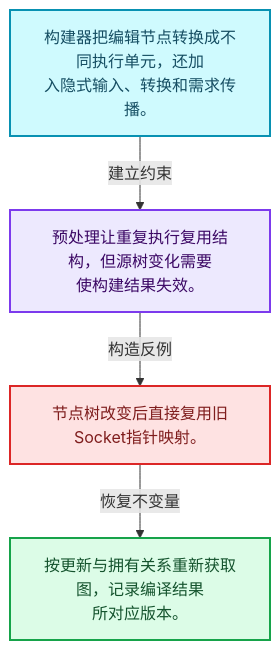
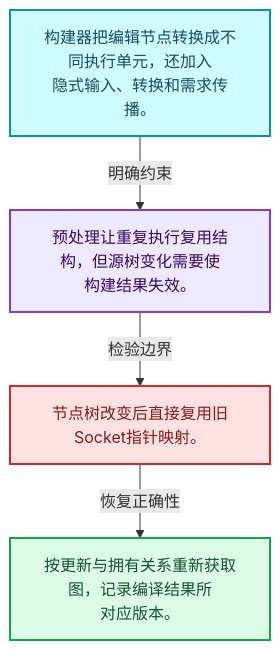
Before and after one commit to yunkezengren/blender-.vscode: the first of 4 diagrams in 杂/markdown/全面学习-codex/09-LazyFunction与节点执行架构/09-几何节点图构建器.md, drawn with Mermaid. The commit also changed other lines of this file and 1930 other files, not shown here.

````diff
--- a/杂/markdown/全面学习-codex/09-LazyFunction与节点执行架构/09-几何节点图构建器.md
+++ b/杂/markdown/全面学习-codex/09-LazyFunction与节点执行架构/09-几何节点图构建器.md
@@ -29,16 +29,16 @@
 ```mermaid
 flowchart TB
-  M["构建器把编辑节点转换成不同执行单元，还加<br/>入隐式输入、转换和需求传播。"]:::data
-  T["预处理让重复执行复用结构，但源树变化需要<br/>使构建结果失效。"]:::abstraction
-  X["节点树改变后直接复用旧Socket指针映射。"]:::error
-  A["按更新与拥有关系重新获取图，记录编译结果<br/>所对应版本。"]:::result
-  M -->|"建立约束"| T
-  T -->|"构造反例"| X
-  X -->|"恢复不变量"| A
+  M["构建器把编辑节点转换成不同执行单元，还加入<br/>隐式输入、转换和需求传播。"]:::data
+  C["预处理让重复执行复用结构，但源树变化需要使<br/>构建结果失效。"]:::abstraction
+  B["节点树改变后直接复用旧Socket指针映射。"]:::error
+  R["按更新与拥有关系重新获取图，记录编译结果所<br/>对应版本。"]:::result
+  M -->|"明确约束"| C
+  C -->|"检验边界"| B
+  B -->|"恢复正确性"| R
   classDef input fill:#DBEAFE,stroke:#2563EB,color:#172554,stroke-width:2px;
   classDef data fill:#CFFAFE,stroke:#0891B2,color:#164E63,stroke-width:2px;
   classDef abstraction fill:#EDE9FE,stroke:#7C3AED,color:#3B0764,stroke-width:2px;
   classDef compute fill:#FEF3C7,stroke:#D97706,color:#78350F,stroke-width:2px;
   classDef result fill:#DCFCE7,stroke:#16A34A,color:#14532D,stroke-width:2px;
   classDef error fill:#FEE2E2,stroke:#DC2626,color:#7F1D1D,stroke-width:2px;
 ```
````
